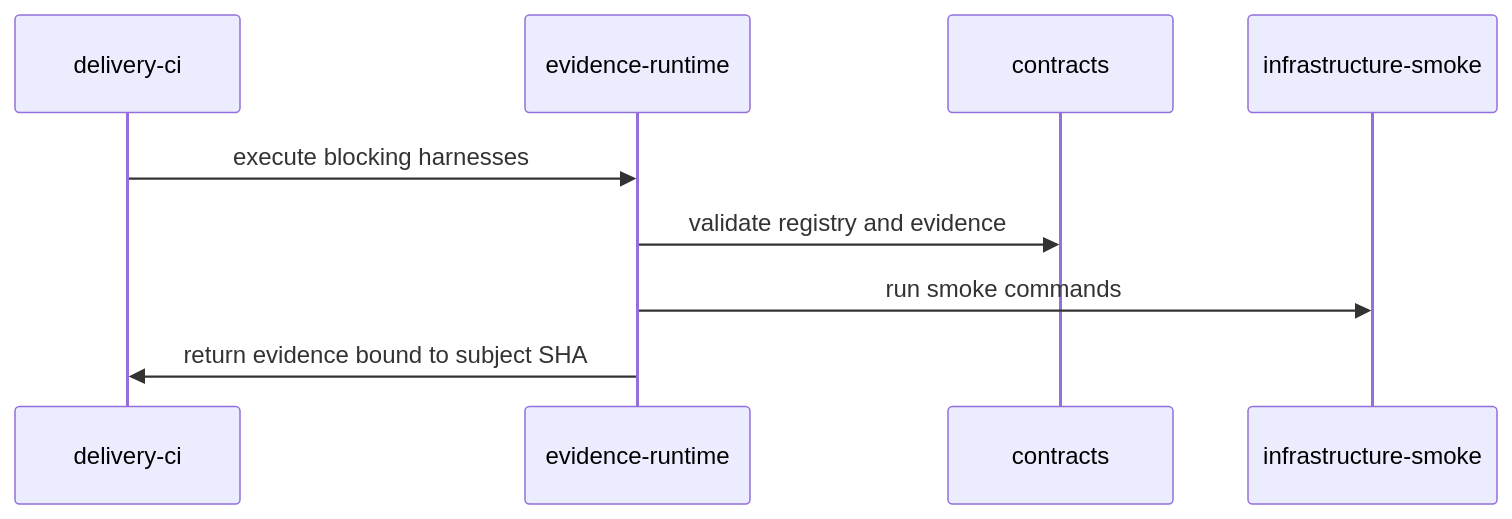
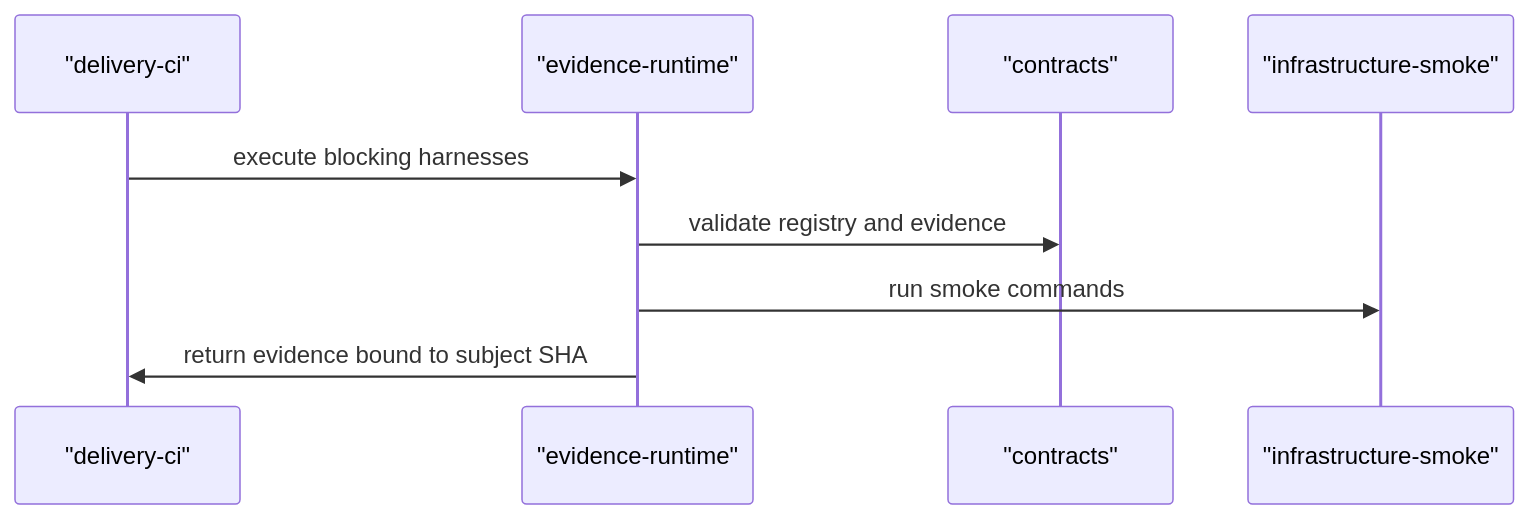
Before and after one commit to maemreyo/work-frontier: the fifth of 5 diagrams in docs/anatomy/system-diagram.md, drawn with Mermaid. The commit also changed other lines of this file and 42 other files, not shown here.

First line of the commit message:
feat(evidence): lifecycle run-scoping, cross-language parity, catalog-derived prerequisites

````diff
--- a/docs/anatomy/system-diagram.md
+++ b/docs/anatomy/system-diagram.md
@@ -62,11 +75,11 @@
 ```mermaid
 sequenceDiagram
-participant delivery_ci as delivery-ci
-participant evidence_runtime as evidence-runtime
-participant contracts as contracts
-participant infrastructure_smoke as infrastructure-smoke
-delivery_ci->>evidence_runtime: execute blocking harnesses
-evidence_runtime->>contracts: validate registry and evidence
-evidence_runtime->>infrastructure_smoke: run smoke commands
-evidence_runtime->>delivery_ci: return evidence bound to subject SHA
+participant p0 as "delivery-ci"
+participant p1 as "evidence-runtime"
+participant p2 as "contracts"
+participant p3 as "infrastructure-smoke"
+p0->>p1: execute blocking harnesses
+p1->>p2: validate registry and evidence
+p1->>p3: run smoke commands
+p1->>p0: return evidence bound to subject SHA
 ```
````
